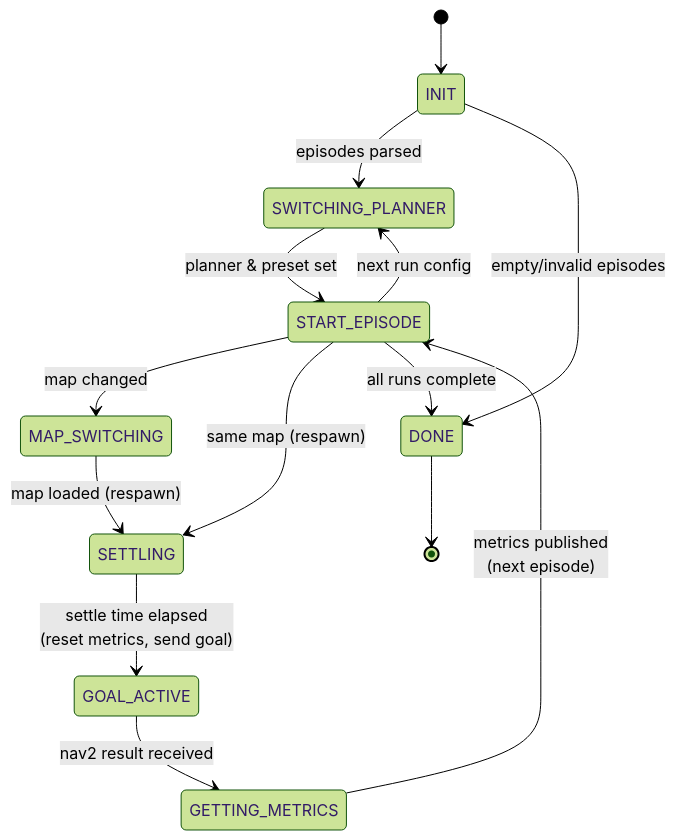
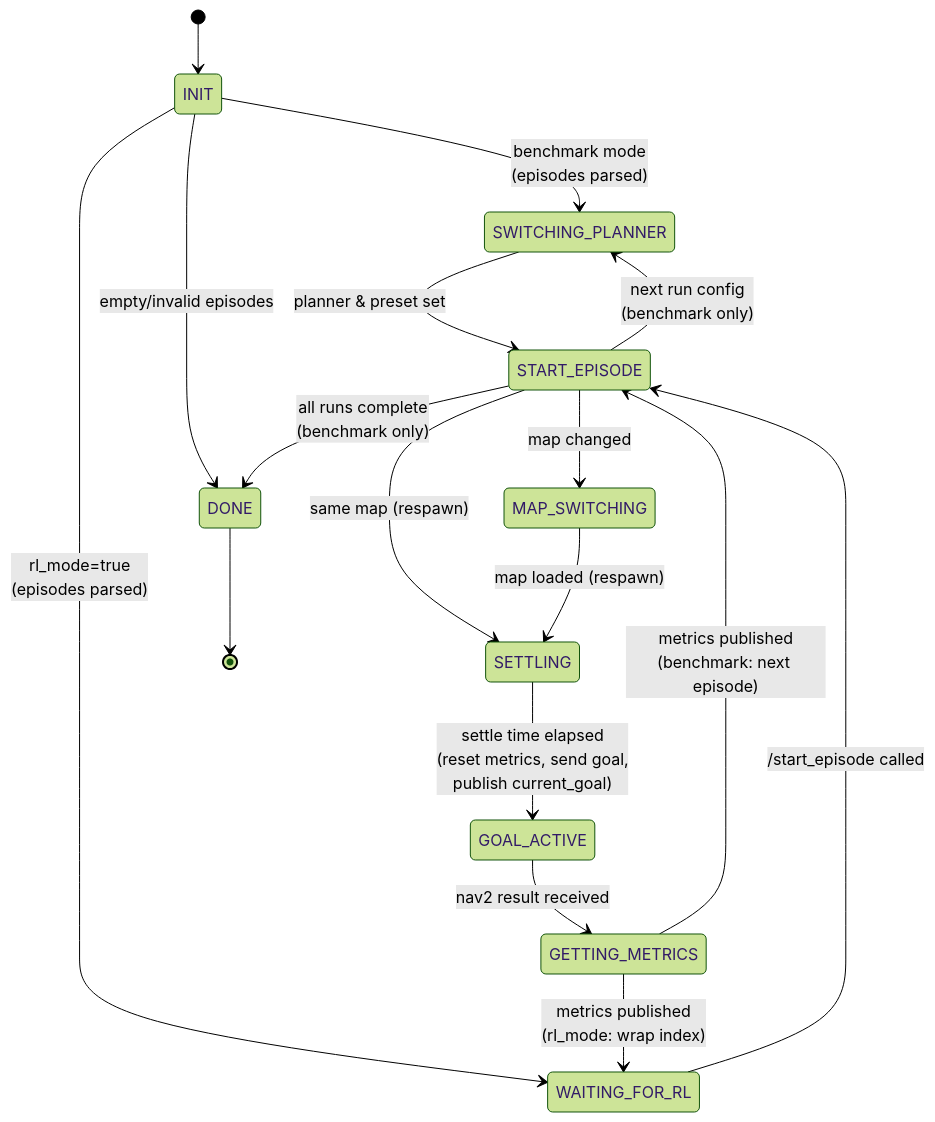
Before and after one commit to SushiRaj99/rbe-capstone: the diagram in doc/episode_runner_state_machine.md, drawn with Mermaid (forest theme). The commit also changed other lines of this file and 21 other files, not shown here.

````diff
--- a/doc/episode_runner_state_machine.md
+++ b/doc/episode_runner_state_machine.md
@@ -3,24 +3,28 @@
 ```mermaid
 stateDiagram-v2
     [*] --> INIT
 
-    INIT --> SWITCHING_PLANNER : episodes parsed
-    INIT --> DONE : empty/invalid episodes
+    INIT --> SWITCHING_PLANNER : benchmark mode<br/>(episodes parsed)
+    INIT --> WAITING_FOR_RL    : rl_mode=true<br/>(episodes parsed)
+    INIT --> DONE              : empty/invalid episodes
 
     SWITCHING_PLANNER --> START_EPISODE : planner & preset set
 
-    START_EPISODE --> MAP_SWITCHING : map changed
-    START_EPISODE --> SETTLING : same map (respawn)
-    START_EPISODE --> SWITCHING_PLANNER : next run config
-    START_EPISODE --> DONE : all runs complete
+    WAITING_FOR_RL --> START_EPISODE : /start_episode called
+
+    START_EPISODE --> MAP_SWITCHING    : map changed
+    START_EPISODE --> SETTLING         : same map (respawn)
+    START_EPISODE --> SWITCHING_PLANNER : next run config<br/>(benchmark only)
+    START_EPISODE --> DONE             : all runs complete<br/>(benchmark only)
 
     MAP_SWITCHING --> SETTLING : map loaded (respawn)
 
-    SETTLING --> GOAL_ACTIVE : settle time elapsed<br/>(reset metrics, send goal)
+    SETTLING --> GOAL_ACTIVE : settle time elapsed<br/>(reset metrics, send goal,<br/>publish current_goal)
 
     GOAL_ACTIVE --> GETTING_METRICS : nav2 result received
 
-    GETTING_METRICS --> START_EPISODE : metrics published<br/>(next episode)
+    GETTING_METRICS --> START_EPISODE   : metrics published<br/>(benchmark: next episode)
+    GETTING_METRICS --> WAITING_FOR_RL  : metrics published<br/>(rl_mode: wrap index)
 
     DONE --> [*]
 ```
````
